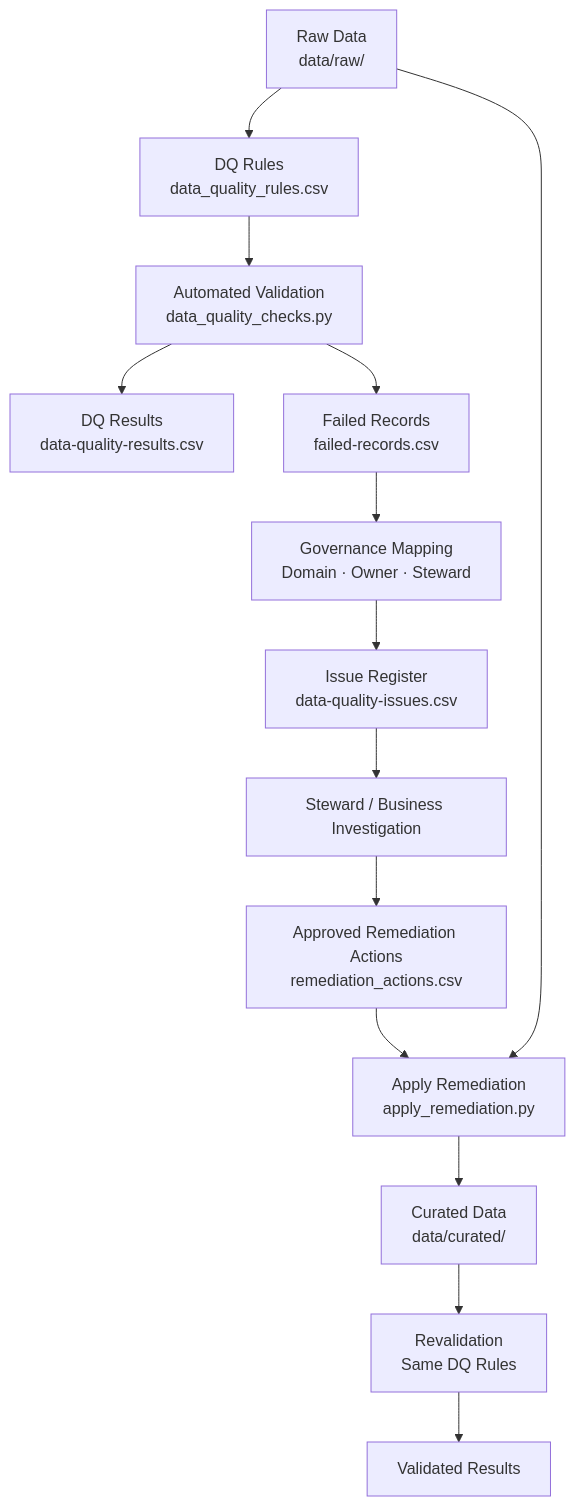
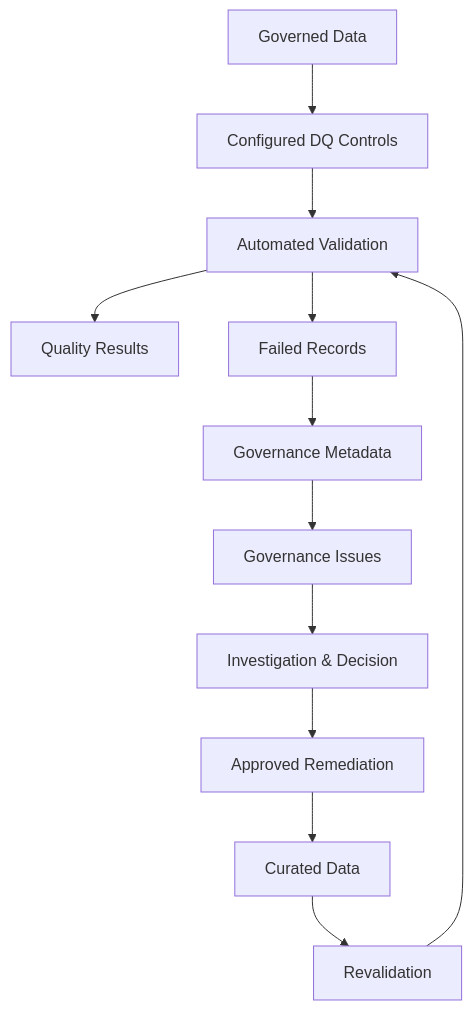
The first of 2 diagrams in README.md (ehsieh0715/microsoft-purview-data-governance), drawn with Mermaid before and after one commit. The commit also changed other lines of this file, not shown here.

Commit message:
Refactor README for metadata-driven governance architecture

````diff
--- a/README.md
+++ b/README.md
@@ -46,21 +45,18 @@
 ```mermaid
 flowchart TD
-    A["Raw Data<br/>data/raw/"] --> B["DQ Rules<br/>data_quality_rules.csv"]
-    B --> C["Automated Validation<br/>data_quality_checks.py"]
+    A["Governed Data"] --> B["Configured DQ Controls"]
+    B --> C["Automated Validation"]
 
-    C --> D["DQ Results<br/>data-quality-results.csv"]
-    C --> E["Failed Records<br/>failed-records.csv"]
+    C --> D["Quality Results"]
+    C --> E["Failed Records"]
 
-    E --> F["Governance Mapping<br/>Domain · Owner · Steward"]
-    F --> G["Issue Register<br/>data-quality-issues.csv"]
+    E --> F["Governance Metadata"]
+    F --> G["Governance Issues"]
 
-    G --> H["Steward / Business Investigation"]
-    H --> I["Approved Remediation Actions<br/>remediation_actions.csv"]
+    G --> H["Investigation & Decision"]
+    H --> I["Approved Remediation"]
 
-    A --> J["Apply Remediation<br/>apply_remediation.py"]
-    I --> J
-
-    J --> K["Curated Data<br/>data/curated/"]
-    K --> L["Revalidation<br/>Same DQ Rules"]
-    L --> M["Validated Results"]
+    I --> J["Curated Data"]
+    J --> K["Revalidation"]
+    K --> C
 ```
````
